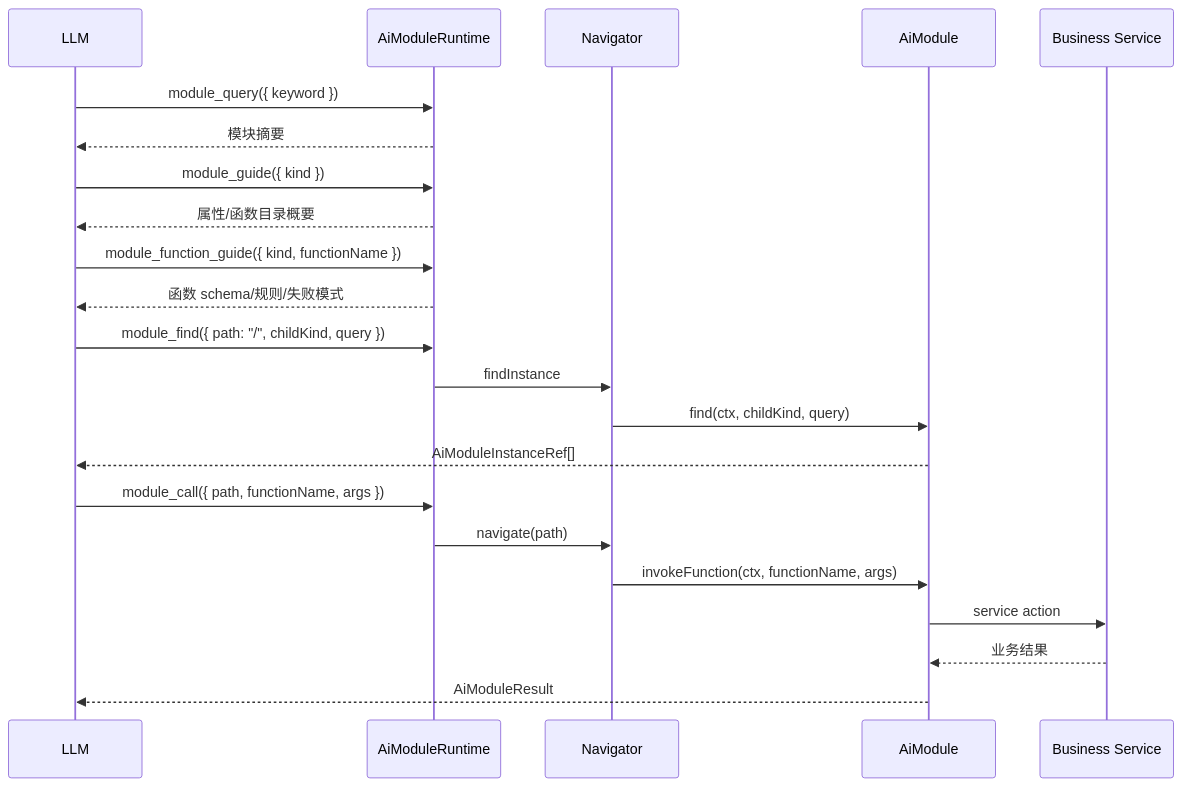
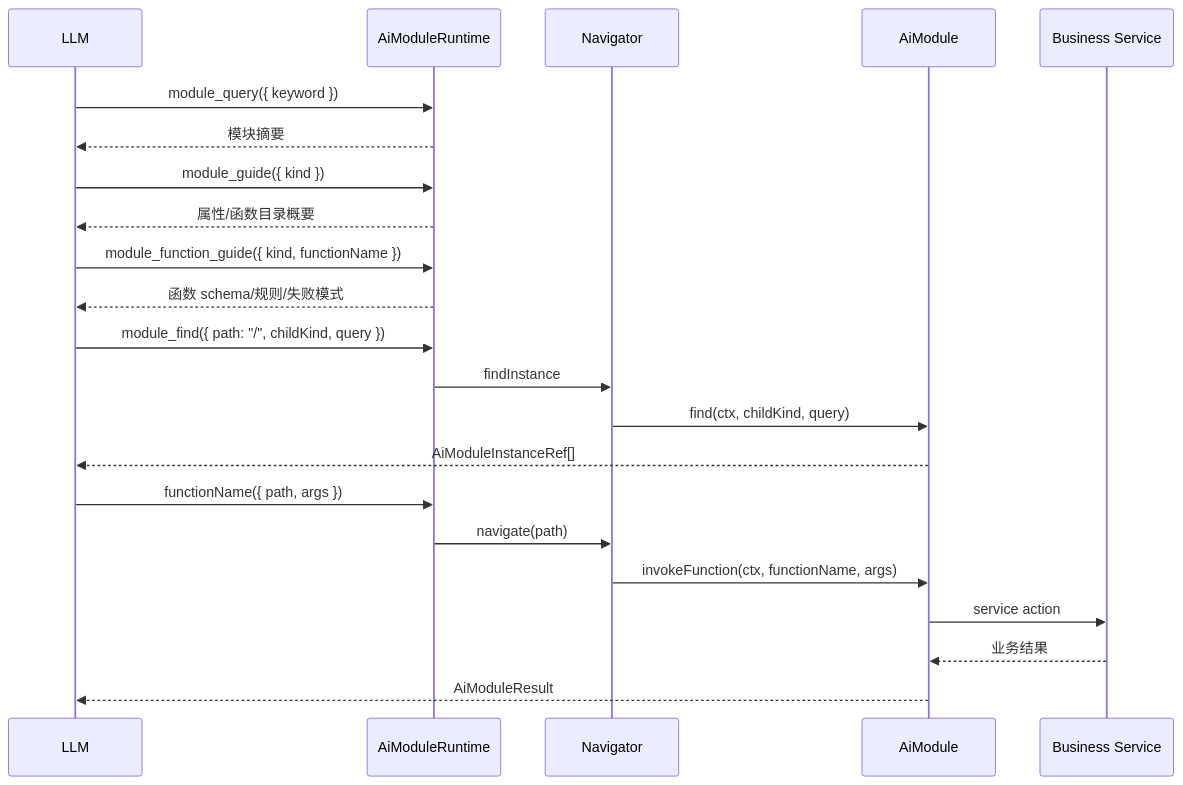
One commit to LMSpark/spark-view-vue changed the fourth of 6 diagrams in docs/ai/spark-ai-registration-usage-guide.md. Above: the diagram before and after it, drawn with Mermaid. The commit also changed other lines of this file and 244 other files, not shown here.

````diff
--- a/docs/ai/spark-ai-registration-usage-guide.md
+++ b/docs/ai/spark-ai-registration-usage-guide.md
@@ -198,25 +201,25 @@
 ```mermaid
 sequenceDiagram
   participant L as LLM
   participant R as AiModuleRuntime
   participant N as Navigator
   participant M as AiModule
   participant S as Business Service
 
   L->>R: module_query({ keyword })
   R-->>L: 模块摘要
   L->>R: module_guide({ kind })
   R-->>L: 属性/函数目录概要
   L->>R: module_function_guide({ kind, functionName })
   R-->>L: 函数 schema/规则/失败模式
   L->>R: module_find({ path: "/", childKind, query })
   R->>N: findInstance
   N->>M: find(ctx, childKind, query)
   M-->>L: AiModuleInstanceRef[]
-  L->>R: module_call({ path, functionName, args })
+  L->>R: functionName({ path, args })
   R->>N: navigate(path)
   N->>M: invokeFunction(ctx, functionName, args)
   M->>S: service action
   S-->>M: 业务结果
   M-->>L: AiModuleResult
 ```
````
